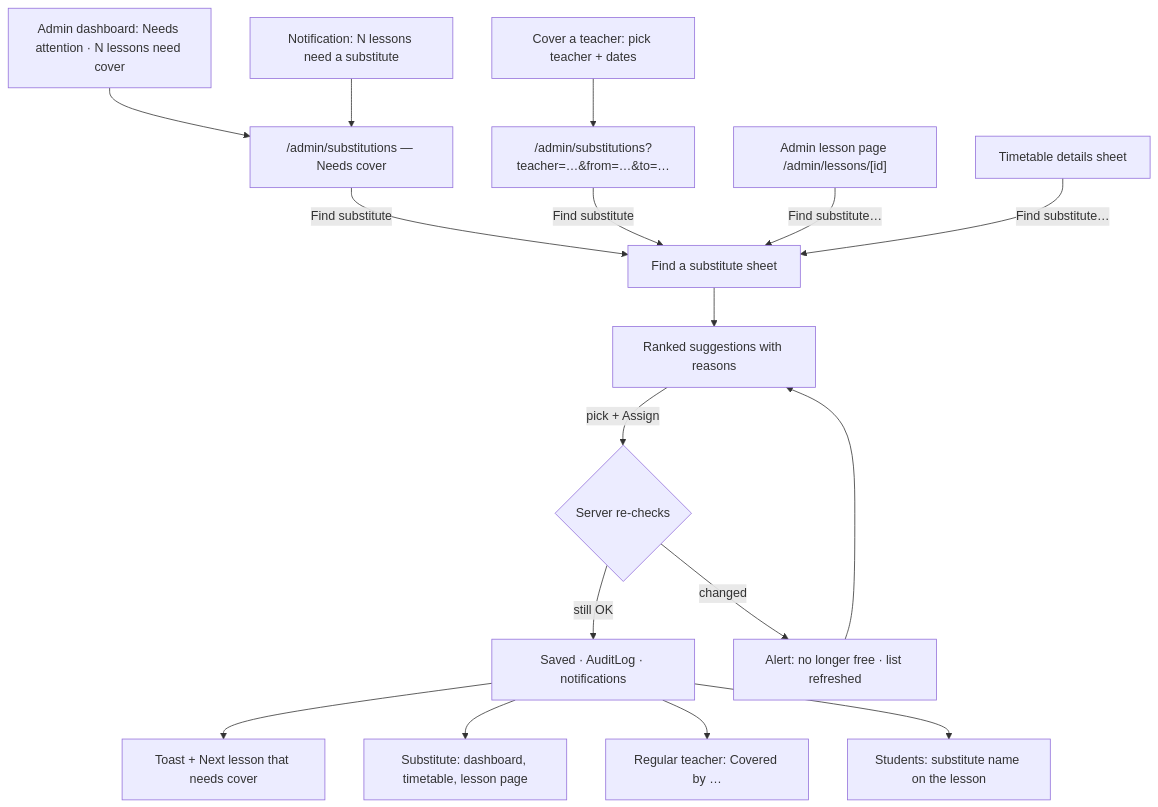
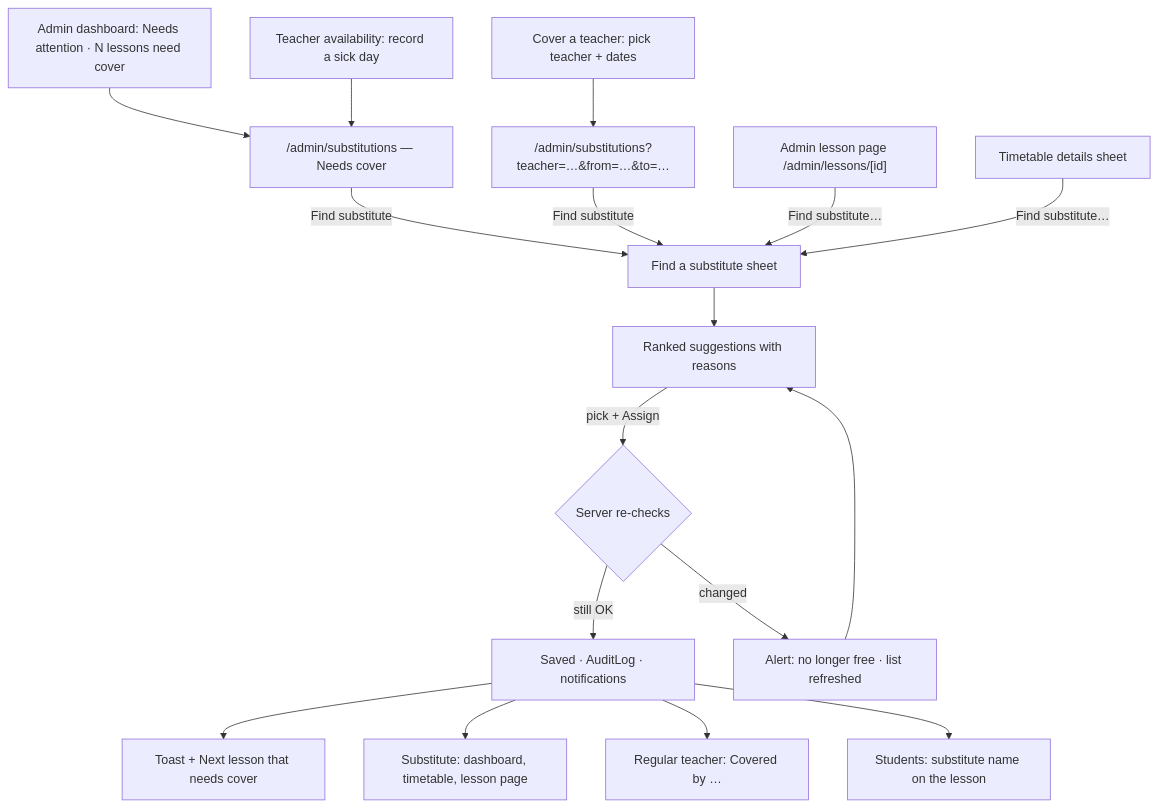
The first of 3 diagrams in docs/design/notifications-substitutes.md (NoncommissionedRush/schoolmanager), drawn with Mermaid before and after one commit. The commit also changed other lines of this file and 1 other file, not shown here.

````diff
--- a/docs/design/notifications-substitutes.md
+++ b/docs/design/notifications-substitutes.md
@@ -258,16 +276,16 @@
 ```mermaid
 flowchart TD
   D[Admin dashboard: Needs attention · N lessons need cover] --> SL["/admin/substitutions — Needs cover"]
-  N[Notification: N lessons need a substitute] --> SL
+  AV[Teacher availability: record a sick day] --> SL
   SL -->|Find substitute| P[Find a substitute sheet]
   CT[Cover a teacher: pick teacher + dates] --> SLT["/admin/substitutions?teacher=…&from=…&to=…"] -->|Find substitute| P
   LP["Admin lesson page /admin/lessons/[id]"] -->|Find substitute…| P
   TS[Timetable details sheet] -->|Find substitute…| P
   P --> R[Ranked suggestions with reasons]
   R -->|pick + Assign| C{Server re-checks}
   C -- still OK --> OK[Saved · AuditLog · notifications] --> NX[Toast + Next lesson that needs cover]
   C -- changed --> ST[Alert: no longer free · list refreshed] --> R
   OK --> SUB[Substitute: dashboard, timetable, lesson page]
   OK --> REG[Regular teacher: Covered by …]
   OK --> STU[Students: substitute name on the lesson]
 ```
````
